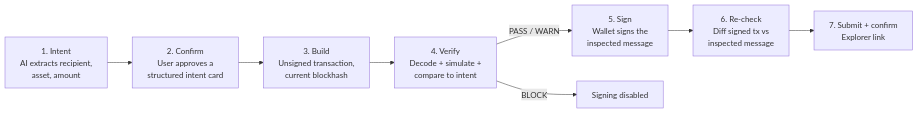
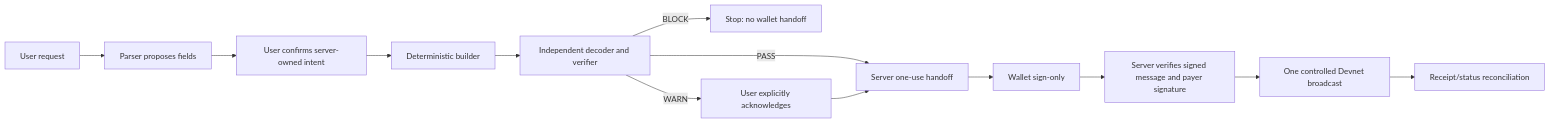
One commit to layhadarries/Dev3Proj changed the first of 2 diagrams in README.md. Above: the diagram before and after it, drawn with Mermaid. The commit also changed other lines of this file and 17 other files, not shown here.

````diff
--- a/README.md
+++ b/README.md
@@ -65,10 +31,15 @@
 ```mermaid
 flowchart LR
-    A[1. Intent<br/>AI extracts recipient,<br/>asset, amount] --> B[2. Confirm<br/>User approves a<br/>structured intent card]
-    B --> C[3. Build<br/>Unsigned transaction,<br/>current blockhash]
-    C --> D[4. Verify<br/>Decode + simulate +<br/>compare to intent]
-    D -->|PASS / WARN| E[5. Sign<br/>Wallet signs the<br/>inspected message]
-    D -->|BLOCK| X[Signing disabled]
-    E --> F[6. Re-check<br/>Diff signed tx vs<br/>inspected message]
-    F --> G[7. Submit + confirm<br/>Explorer link]
+    U[User request] --> P[Parser proposes fields]
+    P --> C[User confirms server-owned intent]
+    C --> B[Deterministic builder]
+    B --> V[Independent decoder and verifier]
+    V -->|BLOCK| Stop[Stop: no wallet handoff]
+    V -->|PASS| H[Server one-use handoff]
+    V -->|WARN| A[User explicitly acknowledges]
+    A --> H
+    H --> W[Wallet sign-only]
+    W --> S[Server verifies signed message and payer signature]
+    S --> T[One controlled Devnet broadcast]
+    T --> R[Receipt/status reconciliation]
 ```
````
